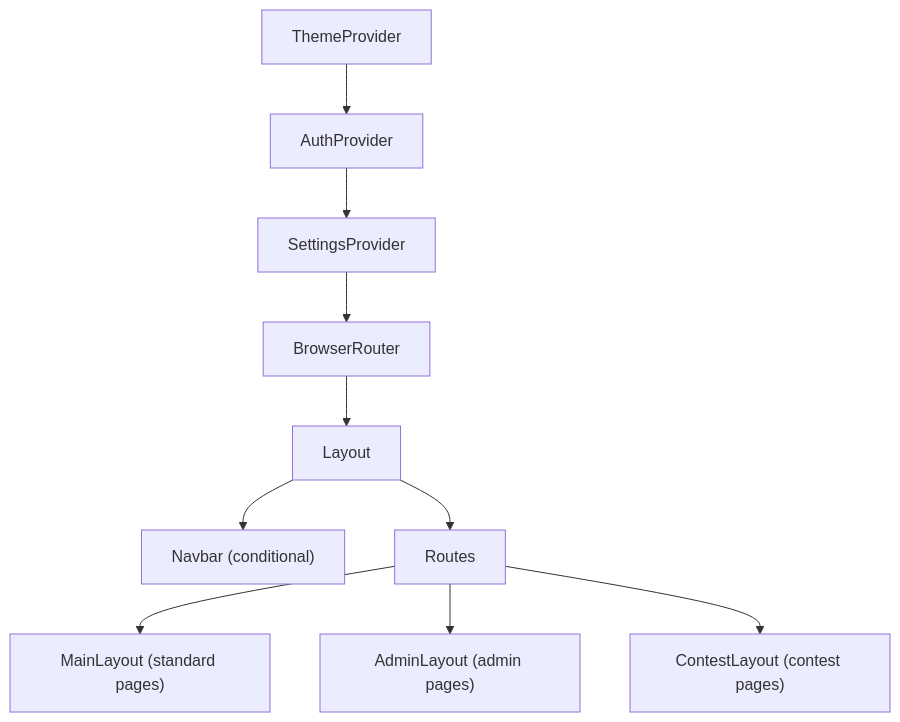
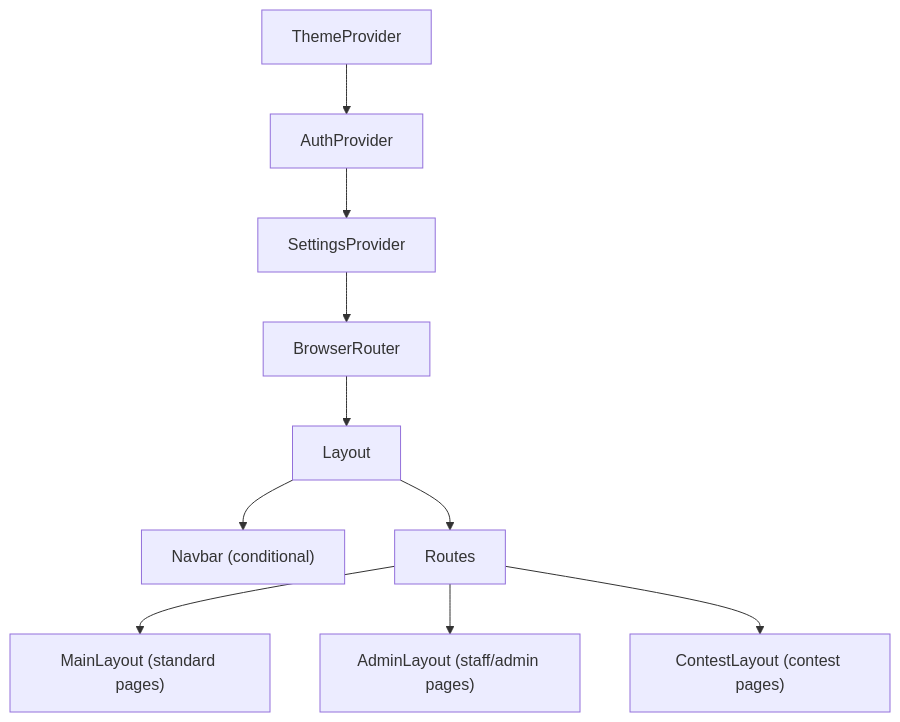
Before and after one commit to Nonbangkok/OJ: the fifth of 5 diagrams in .context/ARCHITECTURE.md, drawn with Mermaid. The commit also changed other lines of this file and 15 other files, not shown here.

````diff
--- a/.context/ARCHITECTURE.md
+++ b/.context/ARCHITECTURE.md
@@ -333,12 +405,12 @@
 ```mermaid
 graph TD
     A["ThemeProvider"] --> B["AuthProvider"]
     B --> C["SettingsProvider"]
     C --> D["BrowserRouter"]
     D --> E["Layout"]
     E --> F["Navbar (conditional)"]
     E --> G["Routes"]
     G --> H["MainLayout (standard pages)"]
-    G --> I["AdminLayout (admin pages)"]
+    G --> I["AdminLayout (staff/admin pages)"]
     G --> J["ContestLayout (contest pages)"]
 ```
````
